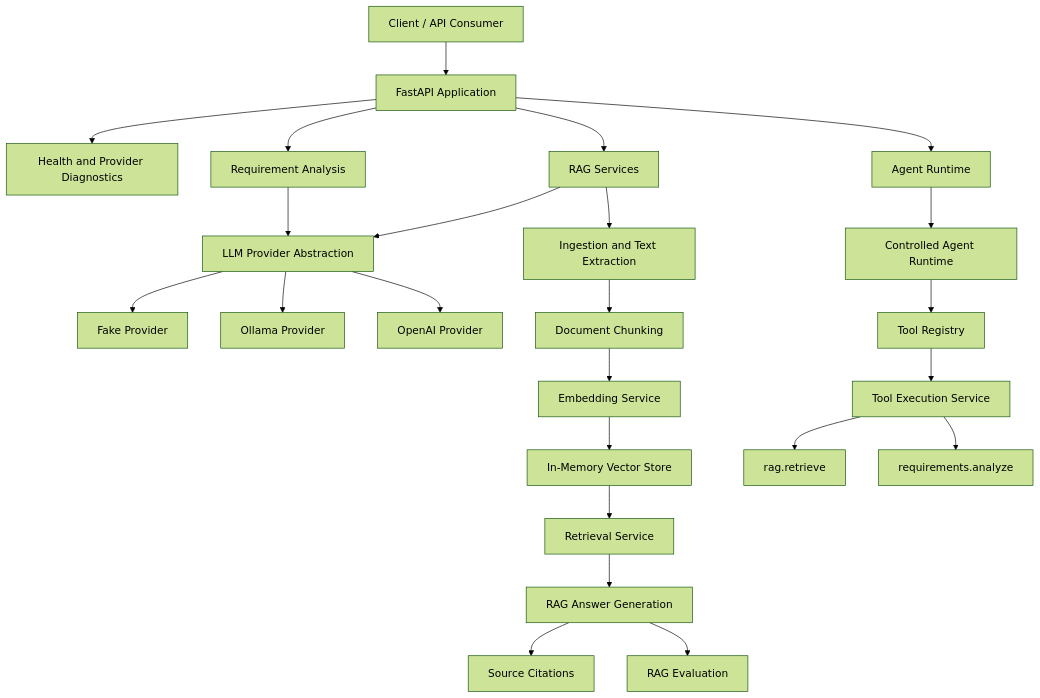
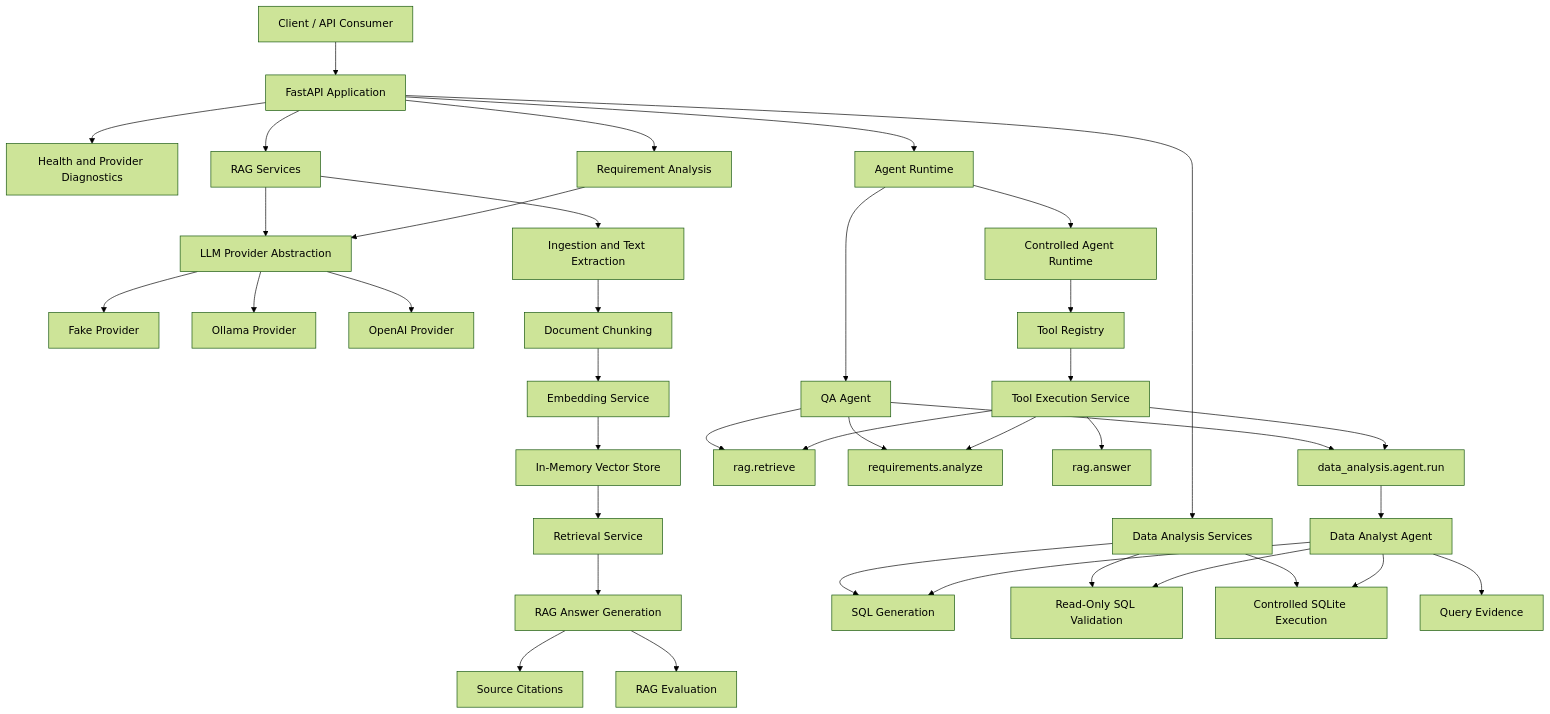
The diagram in README.md (gabrieldevms/applied-ai-engineering-lab), drawn with Mermaid (forest theme) before and after one commit. The commit also changed other lines of this file and 2 other files, not shown here.

````diff
--- a/README.md
+++ b/README.md
@@ -167,31 +198,49 @@
 ```mermaid
 flowchart TB
     Client[Client / API Consumer] --> API[FastAPI Application]
 
     API --> Diagnostics[Health and Provider Diagnostics]
     API --> Requirements[Requirement Analysis]
     API --> RAG[RAG Services]
     API --> Agents[Agent Runtime]
+    API --> DataAnalysis[Data Analysis Services]
 
     Requirements --> LLM[LLM Provider Abstraction]
     RAG --> LLM
 
     LLM --> FakeLLM[Fake Provider]
     LLM --> Ollama[Ollama Provider]
     LLM --> OpenAI[OpenAI Provider]
 
     RAG --> Ingestion[Ingestion and Text Extraction]
     Ingestion --> Chunking[Document Chunking]
     Chunking --> Embeddings[Embedding Service]
     Embeddings --> VectorStore[In-Memory Vector Store]
     VectorStore --> Retrieval[Retrieval Service]
     Retrieval --> Answer[RAG Answer Generation]
     Answer --> Citations[Source Citations]
     Answer --> Evaluation[RAG Evaluation]
 
     Agents --> Runtime[Controlled Agent Runtime]
     Runtime --> Registry[Tool Registry]
     Registry --> Executor[Tool Execution Service]
     Executor --> RetrieveTool[rag.retrieve]
     Executor --> RequirementTool[requirements.analyze]
+    Executor --> RAGAnswerTool[rag.answer]
+    Executor --> DataAnalystTool[data_analysis.agent.run]
+
+    Agents --> QAAgent[QA Agent]
+    QAAgent --> RequirementTool
+    QAAgent --> RetrieveTool
+    QAAgent --> DataAnalystTool
+
+    DataAnalystTool --> DataAnalystAgent[Data Analyst Agent]
+    DataAnalystAgent --> SQLGeneration[SQL Generation]
+    DataAnalystAgent --> SQLSafety[Read-Only SQL Validation]
+    DataAnalystAgent --> SQLExecution[Controlled SQLite Execution]
+    DataAnalystAgent --> SQLEvidence[Query Evidence]
+
+    DataAnalysis --> SQLGeneration
+    DataAnalysis --> SQLSafety
+    DataAnalysis --> SQLExecution
 ```
````
